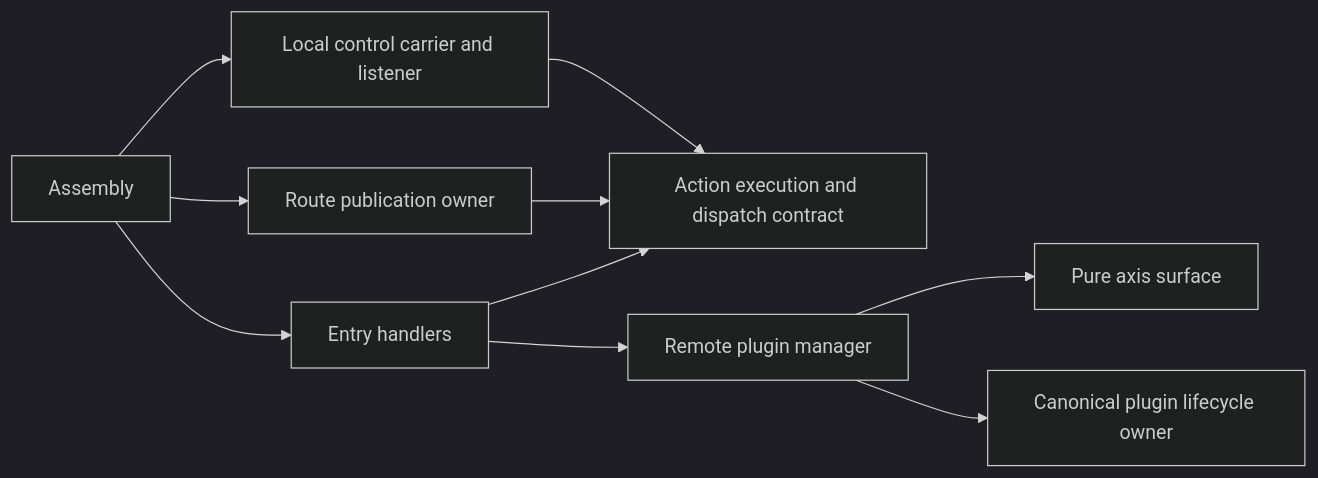
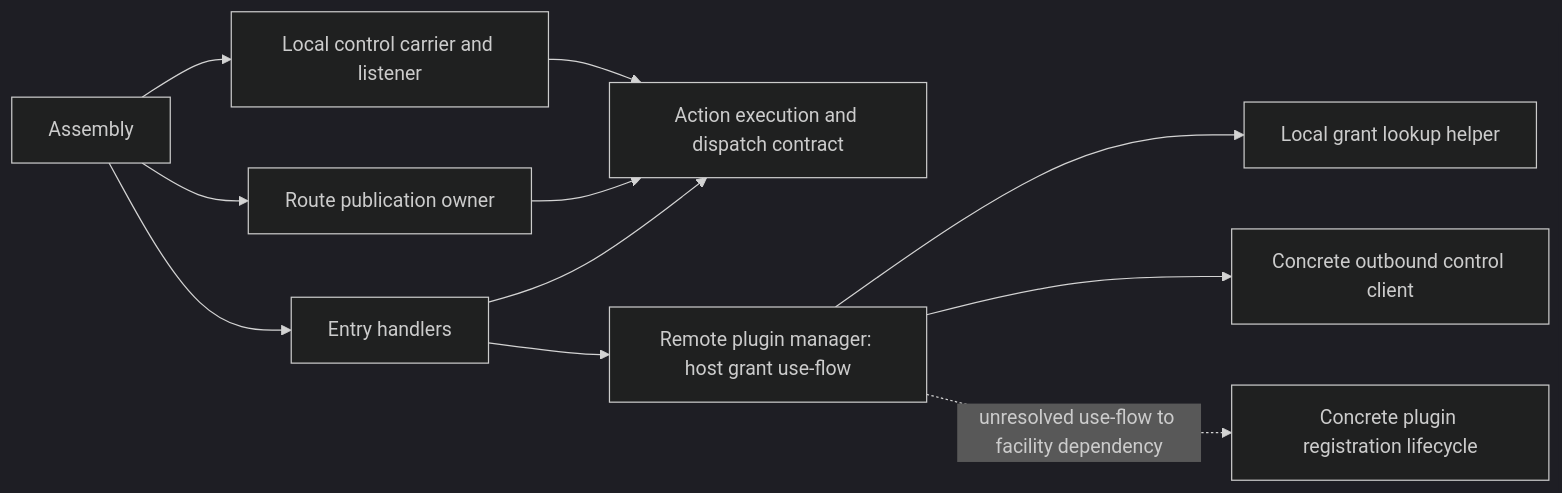
The diagram in docs/remote-axis-bindings.md (wignerStan/remote-storage-gateway), drawn with Mermaid (dark theme) before and after one commit. The commit also changed other lines of this file, not shown here.

Commit message:
docs(worker): record remote manager source and authorization boundaries

````diff
--- a/docs/remote-axis-bindings.md
+++ b/docs/remote-axis-bindings.md
@@ -12,12 +15,13 @@
 ```mermaid
 flowchart LR
     A[Assembly] --> F[Local control carrier and listener]
     A --> R[Route publication owner]
     A --> E[Entry handlers]
     F --> X[Action execution and dispatch contract]
     R --> X
     E --> X
-    E --> M[Remote plugin manager]
-    M --> S[Pure axis surface]
-    M --> L[Canonical plugin lifecycle owner]
+    E --> M[Remote plugin manager: host grant use-flow]
+    M --> G[Local grant lookup helper]
+    M --> C[Concrete outbound control client]
+    M -. "unresolved use-flow to facility dependency" .-> L[Concrete plugin registration lifecycle]
 ```
````
